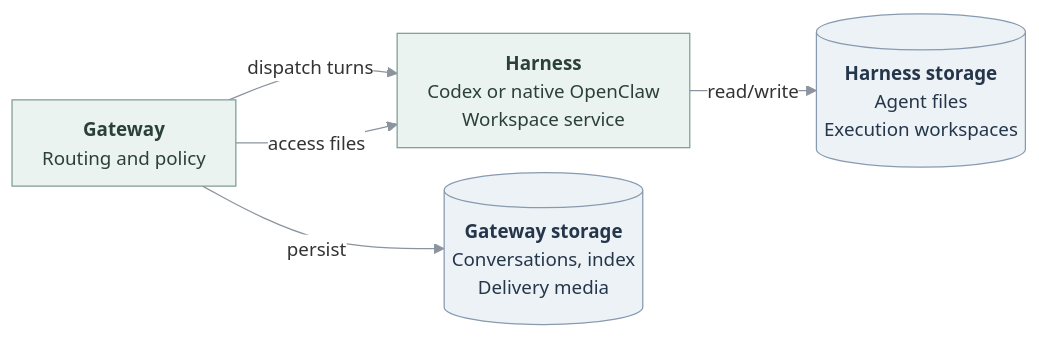
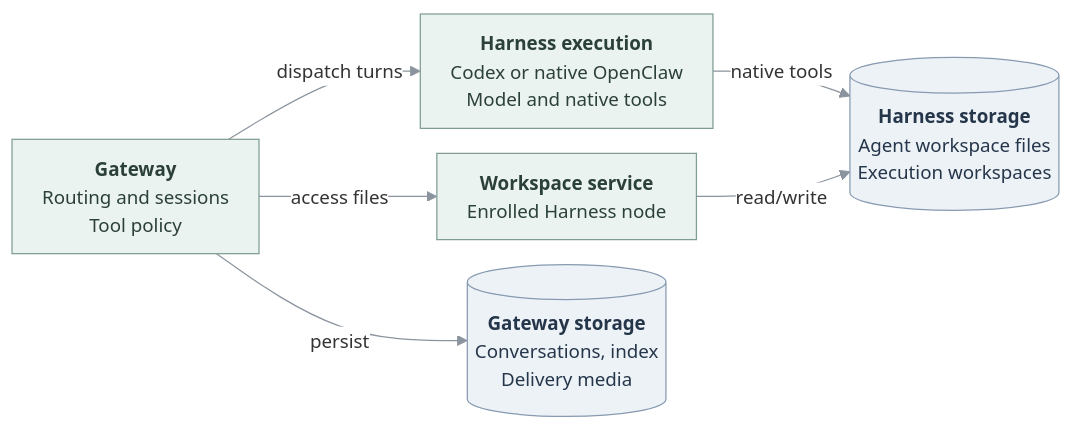
The diagram in docs/guides/topics/remote-harness.md (openclaw/openclaw-enterprise), drawn with Mermaid before and after one commit.

Commit message:
docs: distinguish execution and workspace access in overview

````diff
--- a/docs/guides/topics/remote-harness.md
+++ b/docs/guides/topics/remote-harness.md
@@ -16,29 +16,31 @@
 ```mermaid
 ---
 config:
   theme: base
   htmlLabels: true
   themeVariables:
     fontSize: 15px
     lineColor: "#8B949E"
     edgeLabelBackground: "#FFFFFF"
   flowchart:
     nodeSpacing: 20
     rankSpacing: 28
     padding: 12
 ---
 flowchart LR
-  Gateway["<b>Gateway</b><br/>Routing and policy"]
-  Harness["<b>Harness</b><br/>Codex or native OpenClaw<br/>Workspace service"]
+  Gateway["<b>Gateway</b><br/>Routing and sessions<br/>Tool policy"]
+  Runtime["<b>Harness execution</b><br/>Codex or native OpenClaw<br/>Model and native tools"]
+  Node["<b>Workspace service</b><br/>Enrolled Harness node"]
   GatewayState[("<b>Gateway storage</b><br/>Conversations, index<br/>Delivery media")]
-  Workspace[("<b>Harness storage</b><br/>Agent files<br/>Execution workspaces")]
-  Gateway -->|dispatch turns| Harness
-  Gateway -->|access files| Harness
+  Workspace[("<b>Harness storage</b><br/>Agent workspace files<br/>Execution workspaces")]
+  Gateway -->|dispatch turns| Runtime
+  Gateway -->|access files| Node
   Gateway -->|persist| GatewayState
-  Harness -->|read/write| Workspace
+  Runtime -->|native tools| Workspace
+  Node -->|read/write| Workspace
 
   classDef state fill:#EDF2F7,stroke:#879AB0,color:#25364A,stroke-width:1px
   classDef operation fill:#EBF3F0,stroke:#7F9D93,color:#2B4038,stroke-width:1px
   class GatewayState,Workspace state
-  class Gateway,Harness operation
+  class Gateway,Runtime,Node operation
 ```
````
